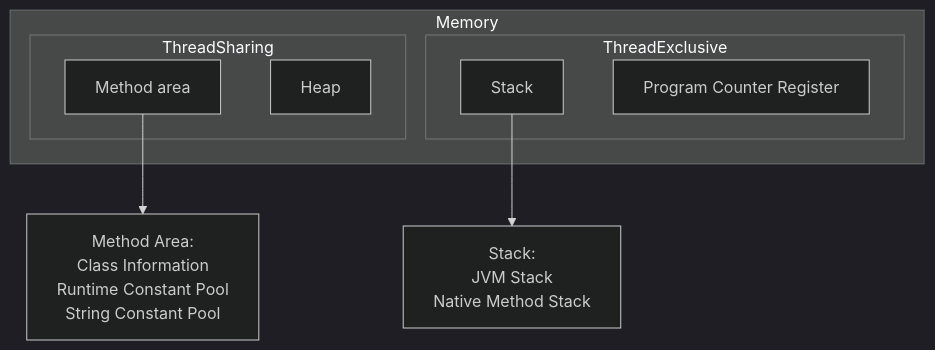
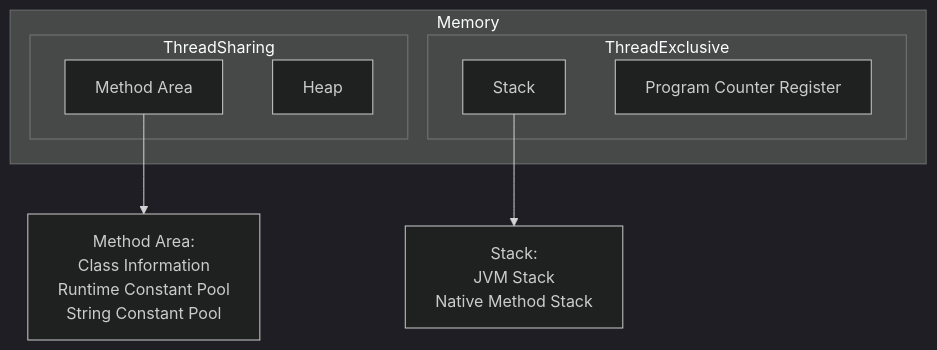
One commit to Aurora0201/Ubuntu changed the second of 2 diagrams in Notes/JavaSummary.md. Above: the diagram before and after it, drawn with Mermaid. The commit also changed other lines of this file, not shown here.

````diff
--- a/Notes/JavaSummary.md
+++ b/Notes/JavaSummary.md
@@ -497,18 +497,18 @@
 ```mermaid
 %%{init:{'theme':'dark'}}%%
 flowchart TB
 subgraph Memory
 	subgraph ThreadSharing
-		m[Method area]
+		m[Method Area]
 		h[Heap]
 	end
 	subgraph ThreadExclusive
 		s[Stack]
 		p[Program Counter Register]
 	end
 end
 m1[Method Area:<br>Class Information<br>Runtime Constant Pool<br>String Constant Pool]
 s1[Stack:<br>JVM Stack<br>Native Method Stack]
 m-->m1
 s-->s1
 ```
````
